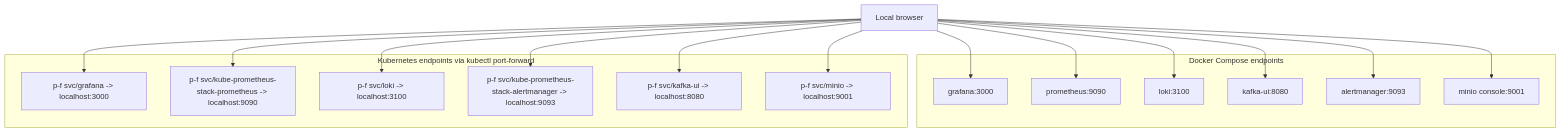
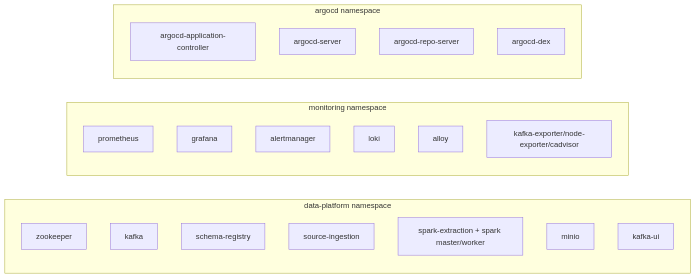
The fourth of 4 diagrams in docs/architecture.md (paulchen8206/Data-Platform-Observability-with-Prometheus-and-Grafana), drawn with Mermaid before and after one commit. The commit also changed other lines of this file and 39 other files, not shown here.

````diff
--- a/docs/architecture.md
+++ b/docs/architecture.md
@@ -108,36 +119,28 @@
 ```mermaid
-flowchart TB
-   BROWSER[Local browser]
+flowchart LR
+  subgraph DP[data-platform namespace]
+    zk[zookeeper]
+    kafka[kafka]
+    sr[schema-registry]
+    producer[source-ingestion]
+    spark[spark-extraction + spark master/worker]
+    minio[minio]
+    kui[kafka-ui]
+  end
 
-   subgraph DOCKER[Docker Compose endpoints]
-      GRAF_D[grafana:3000]
-      PROM_D[prometheus:9090]
-      LOKI_D[loki:3100]
-      KUI_D[kafka-ui:8080]
-      AM_D[alertmanager:9093]
-      MINIO_D[minio console:9001]
-   end
+  subgraph MON[monitoring namespace]
+    prom[prometheus]
+    graf[grafana]
+    am[alertmanager]
+    loki[loki]
+    alloy[alloy]
+    exp[kafka-exporter/node-exporter/cadvisor]
+  end
 
-   subgraph K8S[Kubernetes endpoints via kubectl port-forward]
-      PF_G[p-f svc/grafana -> localhost:3000]
-      PF_P[p-f svc/kube-prometheus-stack-prometheus -> localhost:9090]
-      PF_L[p-f svc/loki -> localhost:3100]
-      PF_A[p-f svc/kube-prometheus-stack-alertmanager -> localhost:9093]
-      PF_K[p-f svc/kafka-ui -> localhost:8080]
-      PF_M[p-f svc/minio -> localhost:9001]
-   end
-
-   BROWSER --> GRAF_D
-   BROWSER --> PROM_D
-   BROWSER --> LOKI_D
-   BROWSER --> KUI_D
-   BROWSER --> AM_D
-   BROWSER --> MINIO_D
-
-   BROWSER --> PF_G
-   BROWSER --> PF_P
-   BROWSER --> PF_L
-   BROWSER --> PF_A
-   BROWSER --> PF_K
-   BROWSER --> PF_M
+  subgraph ARGO[argocd namespace]
+    ac[argocd-application-controller]
+    as[argocd-server]
+    ar[argocd-repo-server]
+    ad[argocd-dex]
+  end
 ```
````
